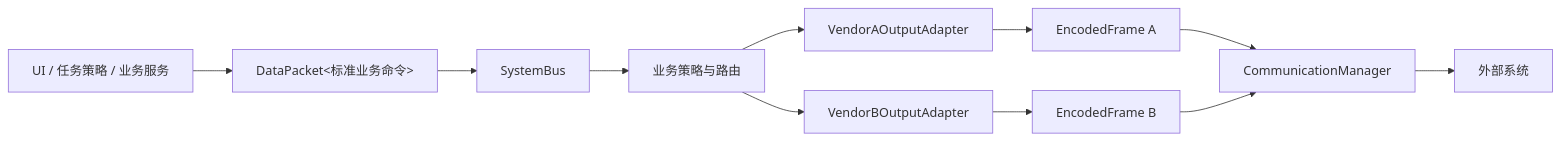
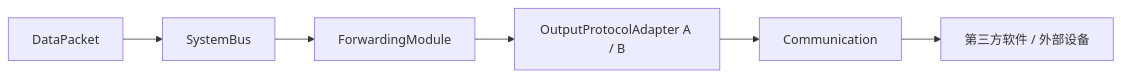
One commit to YoungL524/newAnti_arch changed the second of 2 diagrams in doc/DataPacket统一消息与分层边界.md. Above: the diagram before and after it, drawn with Mermaid. The commit also changed other lines of this file and 33 other files, not shown here.

````diff
--- a/doc/DataPacket统一消息与分层边界.md
+++ b/doc/DataPacket统一消息与分层边界.md
@@ -44,18 +53,11 @@
 ```mermaid
 flowchart LR
-    Trigger["UI / 任务策略 / 业务服务"]
-    Command["DataPacket<标准业务命令>"]
+    Identified["DataPacket<IdentifiedTrackBatch>"]
     Bus["SystemBus"]
-    Policy["业务策略与路由"]
-    A["VendorAOutputAdapter"]
-    B["VendorBOutputAdapter"]
-    FrameA["EncodedFrame A"]
-    FrameB["EncodedFrame B"]
-    Com["CommunicationManager"]
-    External["外部系统"]
+    Forward["ForwardingModule"]
+    Output["OutputProtocolAdapter A / B"]
+    Comm["Communication"]
+    External["第三方软件 / 外部设备"]
 
-    Trigger --> Command --> Bus --> Policy
-    Policy --> A --> FrameA --> Com
-    Policy --> B --> FrameB --> Com
-    Com --> External
+    Identified --> Bus --> Forward --> Output --> Comm --> External
 ```
````
